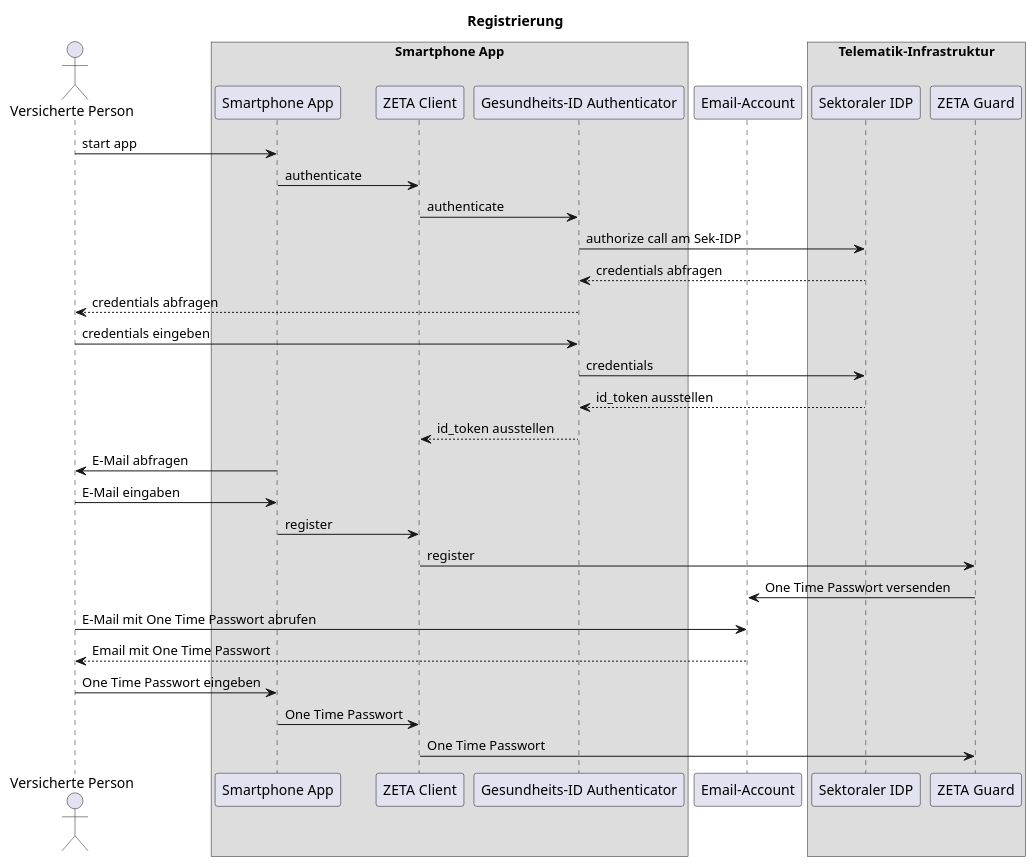
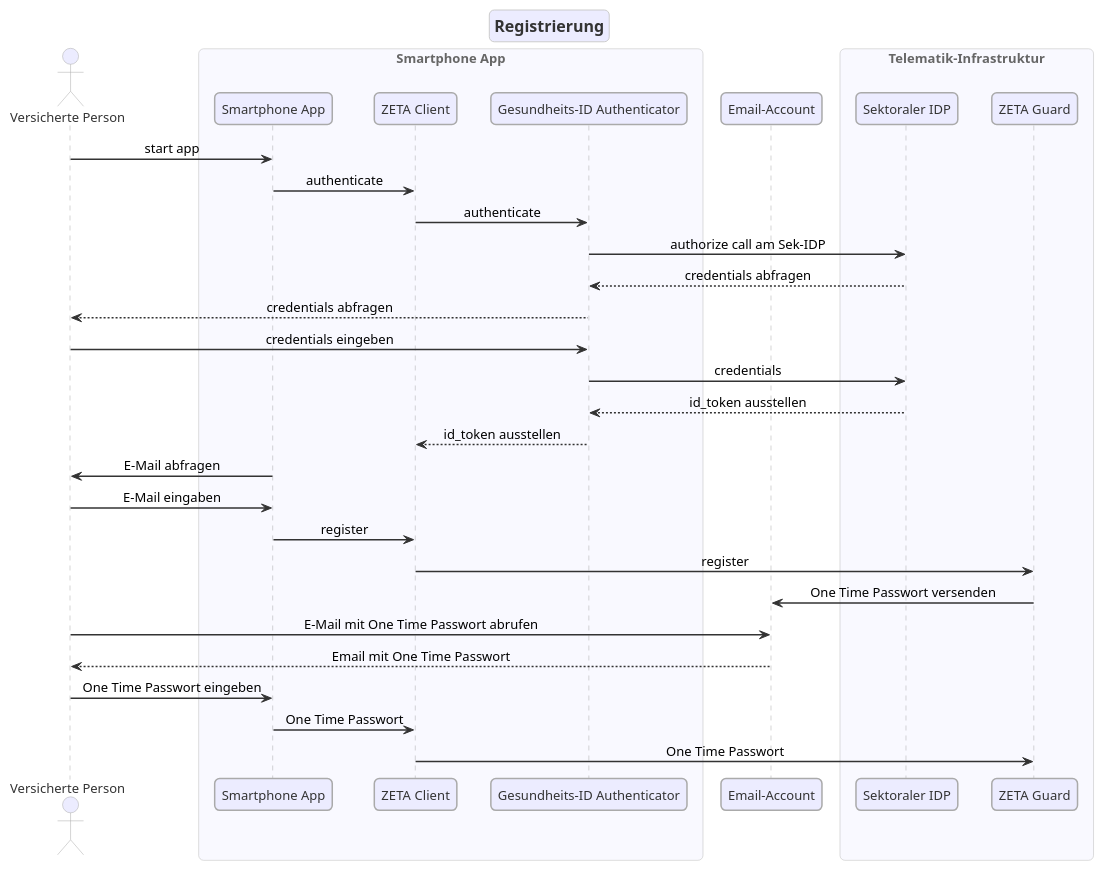
One commit to gematik/ig-dipag changed the diagram in image_src/register.puml. Above: the diagram before and after it, drawn with PlantUML. The commit also changed 4 other files, not shown here.

Commit message:
docs: replace diagrams with images and enhance Mermaid styling

```diff
--- a/image_src/register.puml
+++ b/image_src/register.puml
@@ -1,39 +1,83 @@
 @startuml
 title Registrierung
+
+' --- Mermaid-ähnlicher Style ---
+skinparam backgroundColor #FFFFFF
+skinparam shadowing false
+skinparam roundCorner 10
+skinparam defaultFontName "Segoe UI, Trebuchet MS, sans-serif"
+skinparam defaultFontSize 13
+
+skinparam sequence {
+  ArrowColor #333333
+  ArrowThickness 1.5
+  LifeLineBorderColor #AAAAAA
+  LifeLineBorderThickness 1.5
+  LifeLineBackgroundColor #FFFFFF
+
+  ParticipantBorderColor #AAAAAA
+  ParticipantBackgroundColor #ECECFF
+  ParticipantFontColor #333333
+  ParticipantBorderThickness 1.5
+  ParticipantPadding 12
+
+  ActorBorderColor #AAAAAA
+  ActorBackgroundColor #ECECFF
+  ActorFontColor #333333
+
+  BoxBorderColor #BBBBBB
+  BoxBackgroundColor #F9F9FF
+  BoxFontColor #666666
+  BoxFontSize 12
+
+  DividerBorderColor #CCCCCC
+  DividerBackgroundColor #F0F0F0
+
+  MessageAlign center
+}
+
+skinparam title {
+  FontSize 16
+  FontColor #333333
+  BorderRoundCorner 10
+  BorderColor #CCCCCC
+  BackgroundColor #ECECFF
+}
+' --- Ende Style ---
 
 actor "Versicherte Person" as Person
 box "Smartphone App"
 participant "Smartphone App" as App
 participant "ZETA Client" as ZETA
 participant "Gesundheits-ID Authenticator" as Authenticator
 end box
 participant "Email-Account" as Email
 
 box "Telematik-Infrastruktur"
 participant "Sektoraler IDP" as IDP
 participant "ZETA Guard" as Guard
 end box
 
 Person -> App: start app
 App -> ZETA: authenticate
 ZETA -> Authenticator: authenticate
 Authenticator -> IDP: authorize call am Sek-IDP
 IDP --> Authenticator: credentials abfragen
 Authenticator --> Person: credentials abfragen
 Person -> Authenticator: credentials eingeben 
 Authenticator -> IDP: credentials
 IDP --> Authenticator: id_token ausstellen
 Authenticator --> ZETA: id_token ausstellen
 
 App -> Person: E-Mail abfragen
 Person -> App: E-Mail eingaben
 App -> ZETA: register
 ZETA -> Guard: register
 Guard -> Email: One Time Passwort versenden
 Person -> Email: E-Mail mit One Time Passwort abrufen
 Email --> Person: Email mit One Time Passwort
 Person -> App: One Time Passwort eingeben
 App -> ZETA: One Time Passwort
 ZETA -> Guard:  One Time Passwort
 
 @enduml
```
